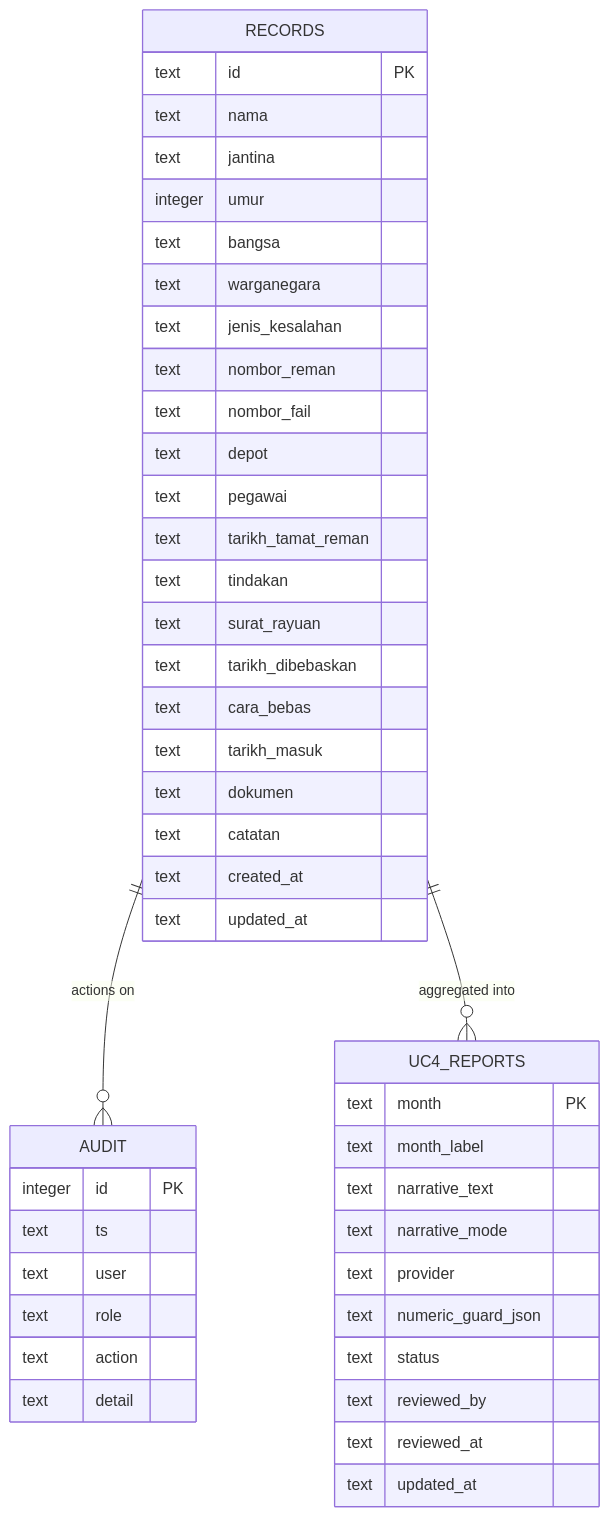
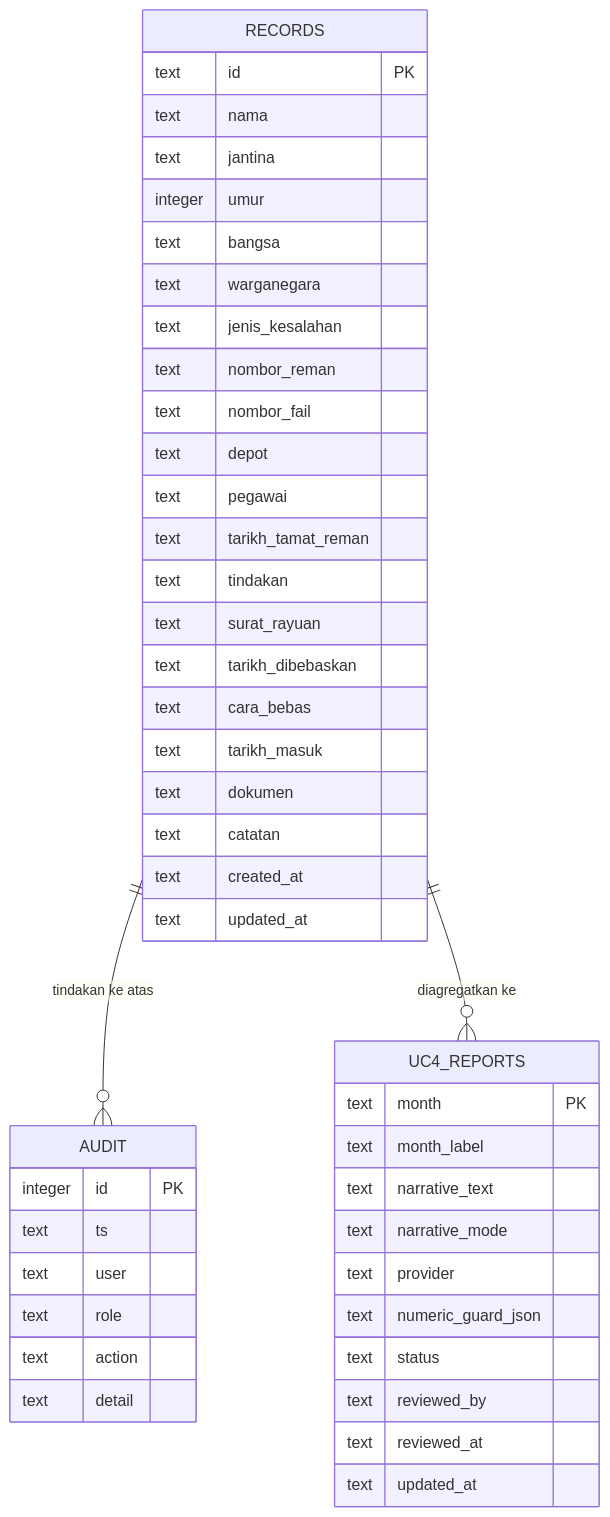
Before and after one commit to amirraihan/IKAWAL: the fifth of 5 diagrams in tdd_ikawal_001_banduan_dagang_monitoring.md, drawn with Mermaid. The commit also changed other lines of this file, not shown here.

````diff
--- a/tdd_ikawal_001_banduan_dagang_monitoring.md
+++ b/tdd_ikawal_001_banduan_dagang_monitoring.md
@@ -235,49 +238,49 @@
 ```mermaid
 erDiagram
-    RECORDS ||--o{ AUDIT : "actions on"
-    RECORDS ||--o{ UC4_REPORTS : "aggregated into"
+    RECORDS ||--o{ AUDIT : "tindakan ke atas"
+    RECORDS ||--o{ UC4_REPORTS : "diagregatkan ke"
 
     RECORDS {
         text id PK
         text nama
         text jantina
         integer umur
         text bangsa
         text warganegara
         text jenis_kesalahan
         text nombor_reman
         text nombor_fail
         text depot
         text pegawai
         text tarikh_tamat_reman
         text tindakan
         text surat_rayuan
         text tarikh_dibebaskan
         text cara_bebas
         text tarikh_masuk
         text dokumen
         text catatan
         text created_at
         text updated_at
     }
     AUDIT {
         integer id PK
         text ts
         text user
         text role
         text action
         text detail
     }
     UC4_REPORTS {
         text month PK
         text month_label
         text narrative_text
         text narrative_mode
         text provider
         text numeric_guard_json
         text status
         text reviewed_by
         text reviewed_at
         text updated_at
     }
 ```
````
